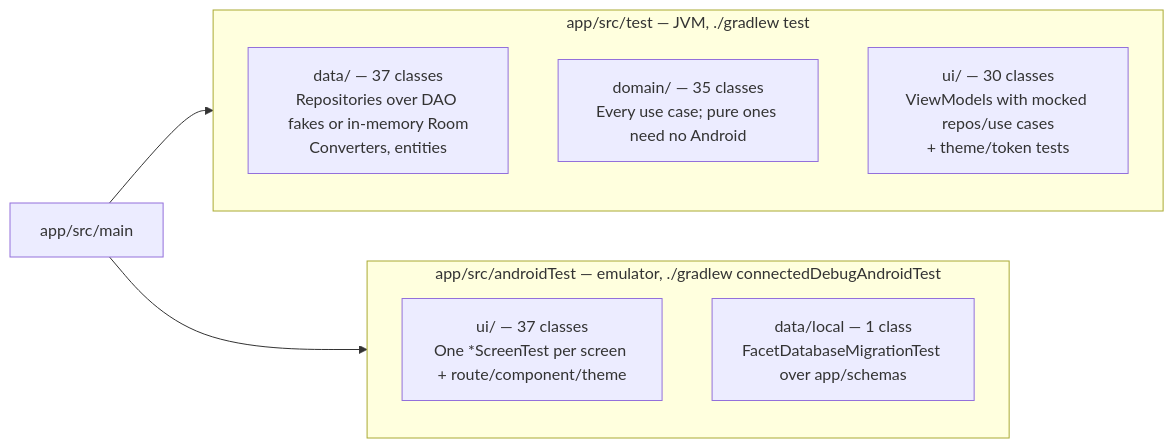
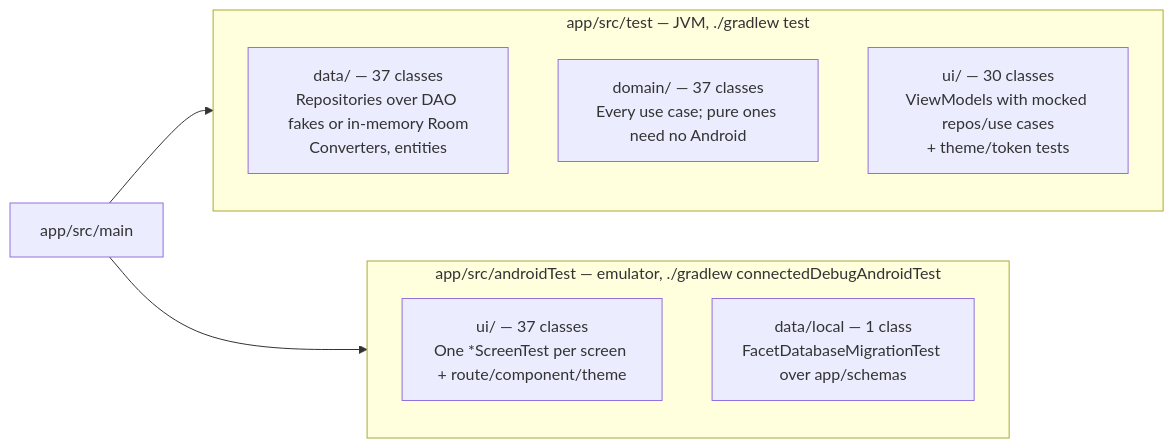
One commit to rohitganjam/facet-launcher changed the diagram in docs/architecture/06-testing.md. Above: the diagram before and after it, drawn with Mermaid. The commit also changed 34 other files, not shown here.

````diff
--- a/docs/architecture/06-testing.md
+++ b/docs/architecture/06-testing.md
@@ -13,16 +13,16 @@
 ```mermaid
 flowchart LR
     subgraph UNIT["app/src/test — JVM, ./gradlew test"]
         direction TB
         U1["data/ — 37 classes\nRepositories over DAO fakes or in-memory Room\nConverters, entities"]
-        U2["domain/ — 35 classes\nEvery use case; pure ones need no Android"]
+        U2["domain/ — 37 classes\nEvery use case; pure ones need no Android"]
         U3["ui/ — 30 classes\nViewModels with mocked repos/use cases\n+ theme/token tests"]
     end
     subgraph INST["app/src/androidTest — emulator, ./gradlew connectedDebugAndroidTest"]
         direction TB
         I1["ui/ — 37 classes\nOne *ScreenTest per screen + route/component/theme"]
         I2["data/local — 1 class\nFacetDatabaseMigrationTest over app/schemas"]
     end
     CODE["app/src/main"] --> UNIT
     CODE --> INST
 ```
````
